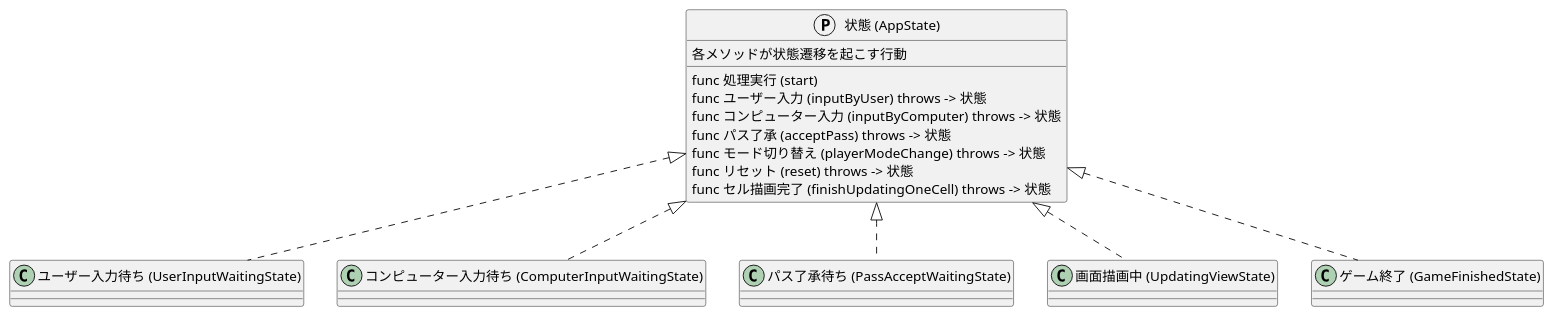
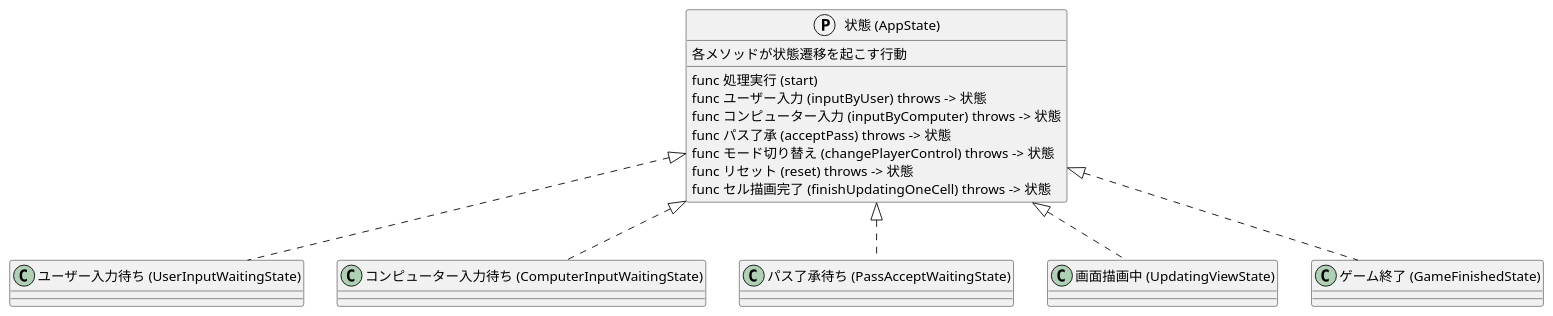
One commit to ewa1989/reversi-ios changed the second of 2 diagrams in リファクタリング戦略.md. Above: the diagram before and after it, drawn with PlantUML. The commit also changed 11 other files, not shown here.

````diff
--- a/リファクタリング戦略.md
+++ b/リファクタリング戦略.md
@@ -85,18 +85,18 @@
 ```plantuml
 protocol "状態 (AppState)" {
     各メソッドが状態遷移を起こす行動
     func 処理実行 (start)
     func ユーザー入力 (inputByUser) throws -> 状態
     func コンピューター入力 (inputByComputer) throws -> 状態
     func パス了承 (acceptPass) throws -> 状態
-    func モード切り替え (playerModeChange) throws -> 状態
+    func モード切り替え (changePlayerControl) throws -> 状態
     func リセット (reset) throws -> 状態
     func セル描画完了 (finishUpdatingOneCell) throws -> 状態
 }
 
 class "ユーザー入力待ち (UserInputWaitingState)" implements "状態 (AppState)"
 class "コンピューター入力待ち (ComputerInputWaitingState)" implements "状態 (AppState)"
 class "パス了承待ち (PassAcceptWaitingState)" implements "状態 (AppState)"
 class "画面描画中 (UpdatingViewState)" implements "状態 (AppState)"
 class "ゲーム終了 (GameFinishedState)" implements "状態 (AppState)"
 ```
````
